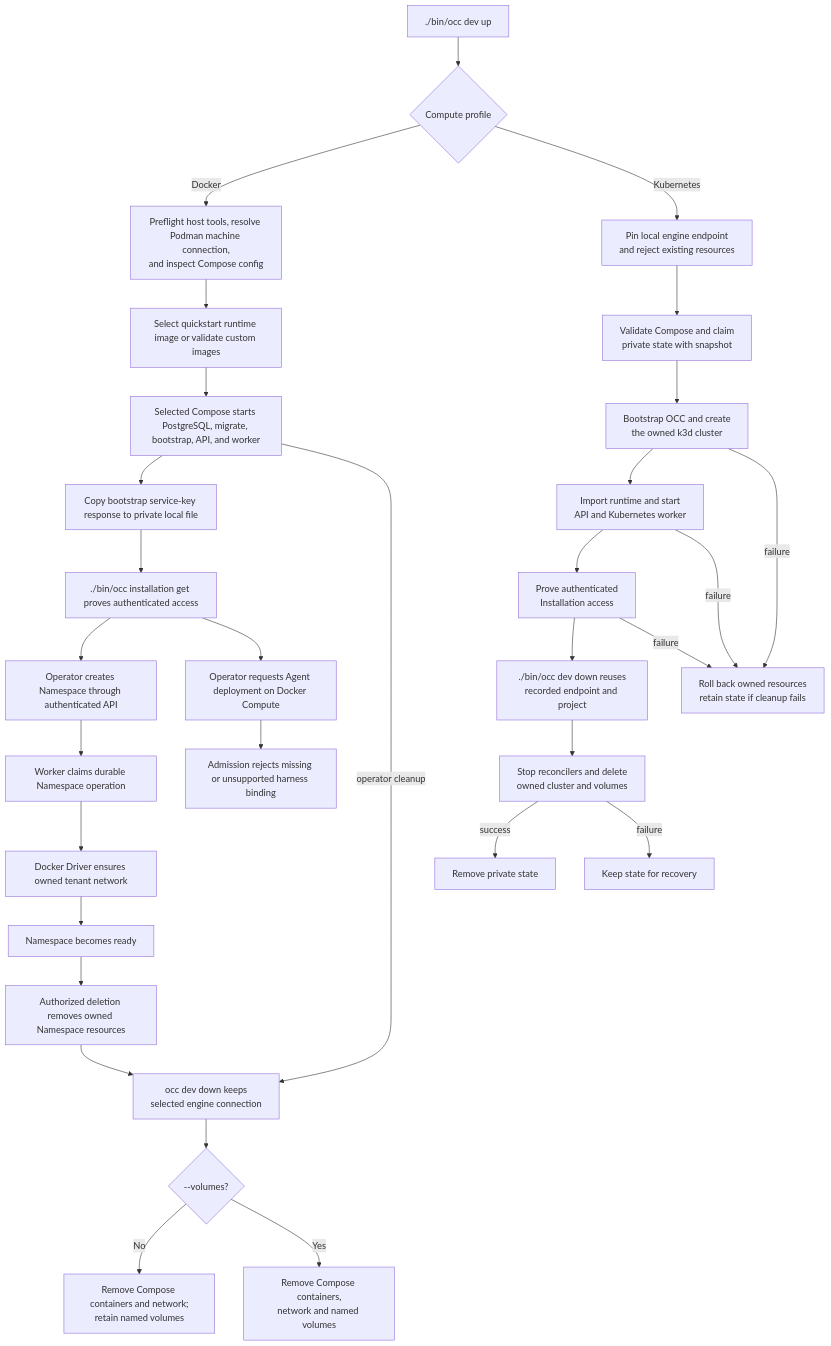
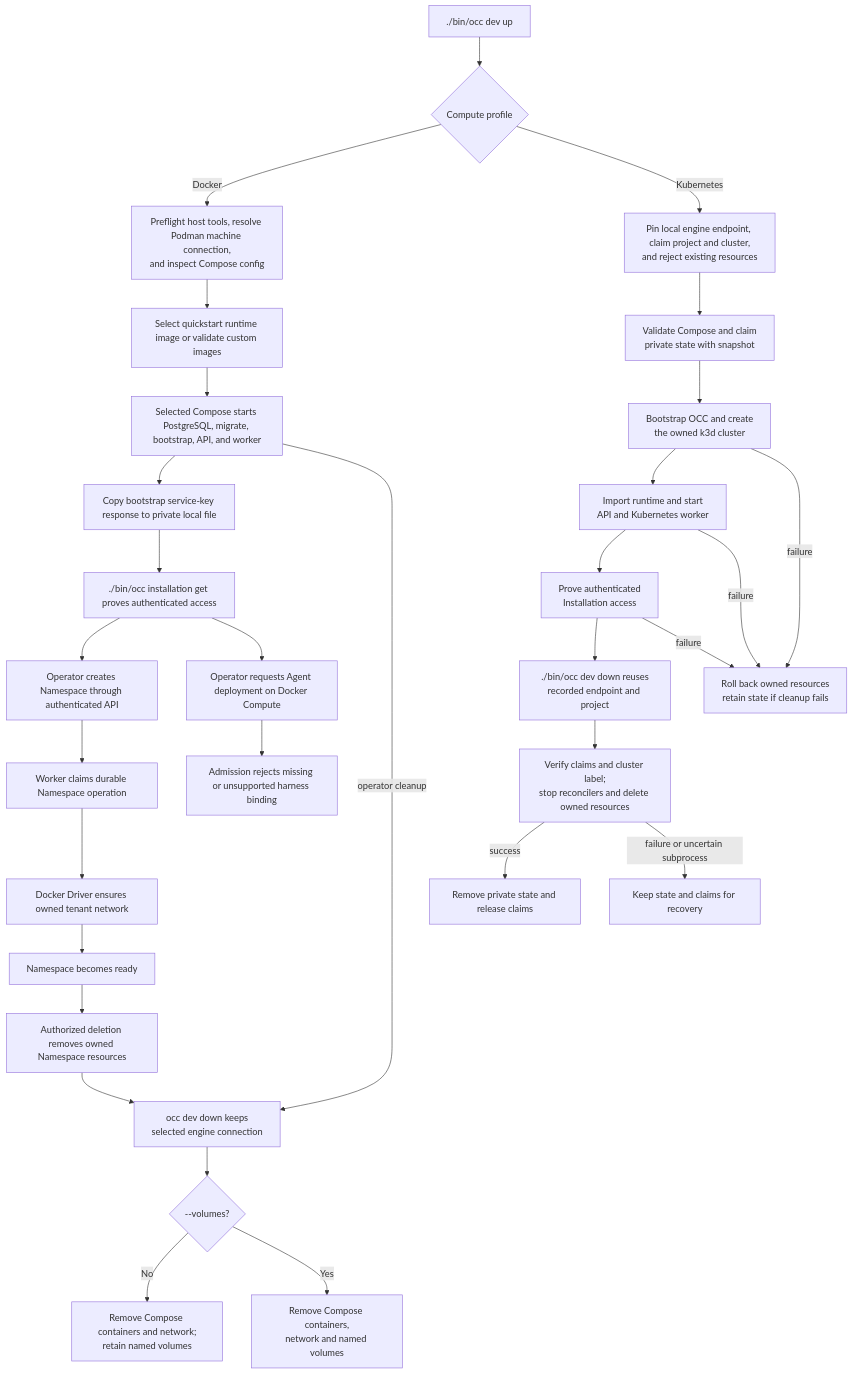
One commit to SebTardif/openclaw-enterprise changed the diagram in docs/flows/docker-compose-development.md. Above: the diagram before and after it, drawn with Mermaid. The commit also changed other lines of this file and 17 other files, not shown here.

Commit message:
fix: bind development cleanup to owned resources

````diff
--- a/docs/flows/docker-compose-development.md
+++ b/docs/flows/docker-compose-development.md
@@ -46,33 +46,33 @@
 ```mermaid
 graph TD
   A["./bin/occ dev up"] --> Profile{"Compute profile"}
   Profile -->|Docker| B["Preflight host tools, resolve Podman machine connection,<br/>and inspect Compose config"]
-  Profile -->|Kubernetes| KPre["Pin local engine endpoint<br/>and reject existing resources"]
+  Profile -->|Kubernetes| KPre["Pin local engine endpoint, claim project and cluster,<br/>and reject existing resources"]
   KPre --> KConfig["Validate Compose and claim<br/>private state with snapshot"]
   KConfig --> KStart["Bootstrap OCC and create<br/>the owned k3d cluster"]
   KStart --> KReady["Import runtime and start<br/>API and Kubernetes worker"]
   KReady --> KProof["Prove authenticated<br/>Installation access"]
   KProof --> KDown["./bin/occ dev down reuses<br/>recorded endpoint and project"]
   KStart -->|failure| KRollback["Roll back owned resources<br/>retain state if cleanup fails"]
   KReady -->|failure| KRollback
   KProof -->|failure| KRollback
-  KDown --> KRemove["Stop reconcilers and delete<br/>owned cluster and volumes"]
-  KRemove -->|success| KDone["Remove private state"]
-  KRemove -->|failure| KRetain["Keep state for recovery"]
+  KDown --> KRemove["Verify claims and cluster label;<br/>stop reconcilers and delete owned resources"]
+  KRemove -->|success| KDone["Remove private state and release claims"]
+  KRemove -->|failure or uncertain subprocess| KRetain["Keep state and claims for recovery"]
   B --> C["Select quickstart runtime image or validate custom images"]
   C --> D["Selected Compose starts PostgreSQL, migrate, bootstrap, API, and worker"]
   D --> E["Copy bootstrap service-key response to private local file"]
   E --> F["./bin/occ installation get proves authenticated access"]
   F --> G["Operator creates Namespace through authenticated API"]
   G --> H["Worker claims durable Namespace operation"]
   H --> I["Docker Driver ensures owned tenant network"]
   I --> J["Namespace becomes ready"]
   F --> K["Operator requests Agent deployment on Docker Compute"]
   K --> L["Admission rejects missing or unsupported harness binding"]
   J --> M["Authorized deletion removes owned Namespace resources"]
   D -->|operator cleanup| CDown["occ dev down keeps<br/>selected engine connection"]
   M --> CDown
   CDown --> CVolumes{"--volumes?"}
   CVolumes -->|No| CKeep["Remove Compose containers and network;<br/>retain named volumes"]
   CVolumes -->|Yes| CDelete["Remove Compose containers,<br/>network and named volumes"]
 ```
````
